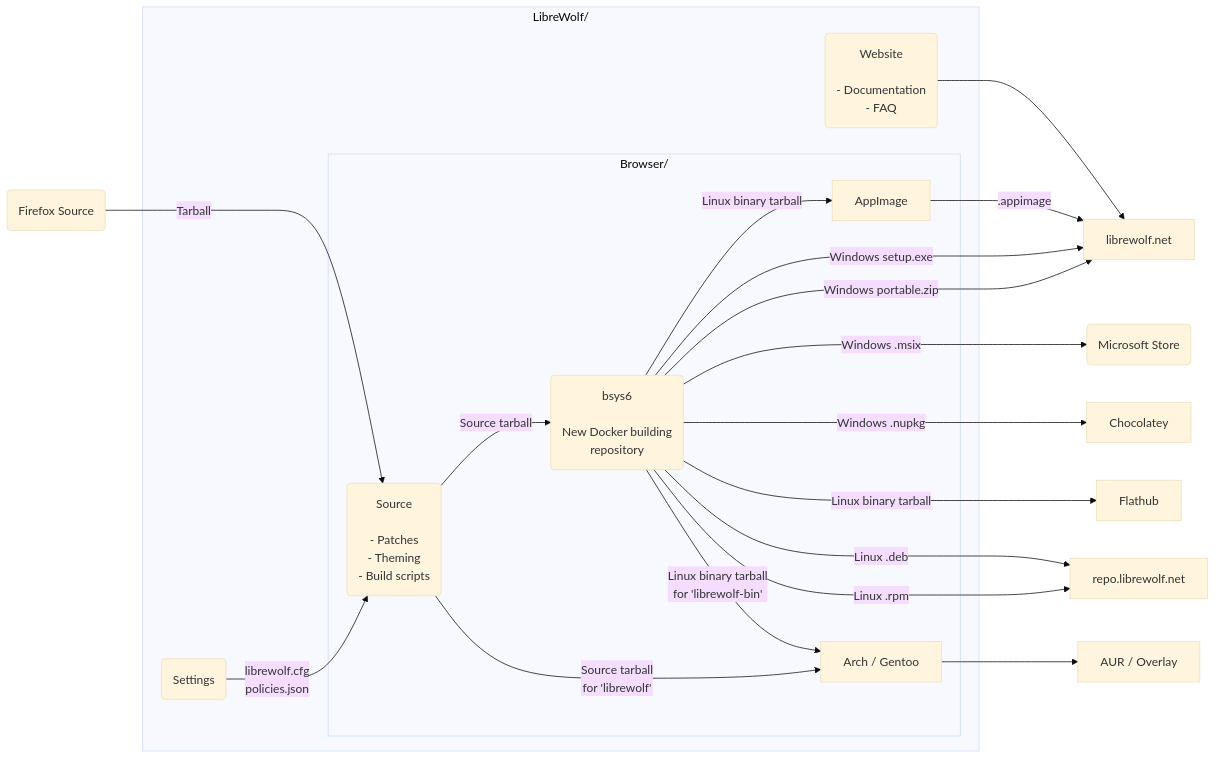
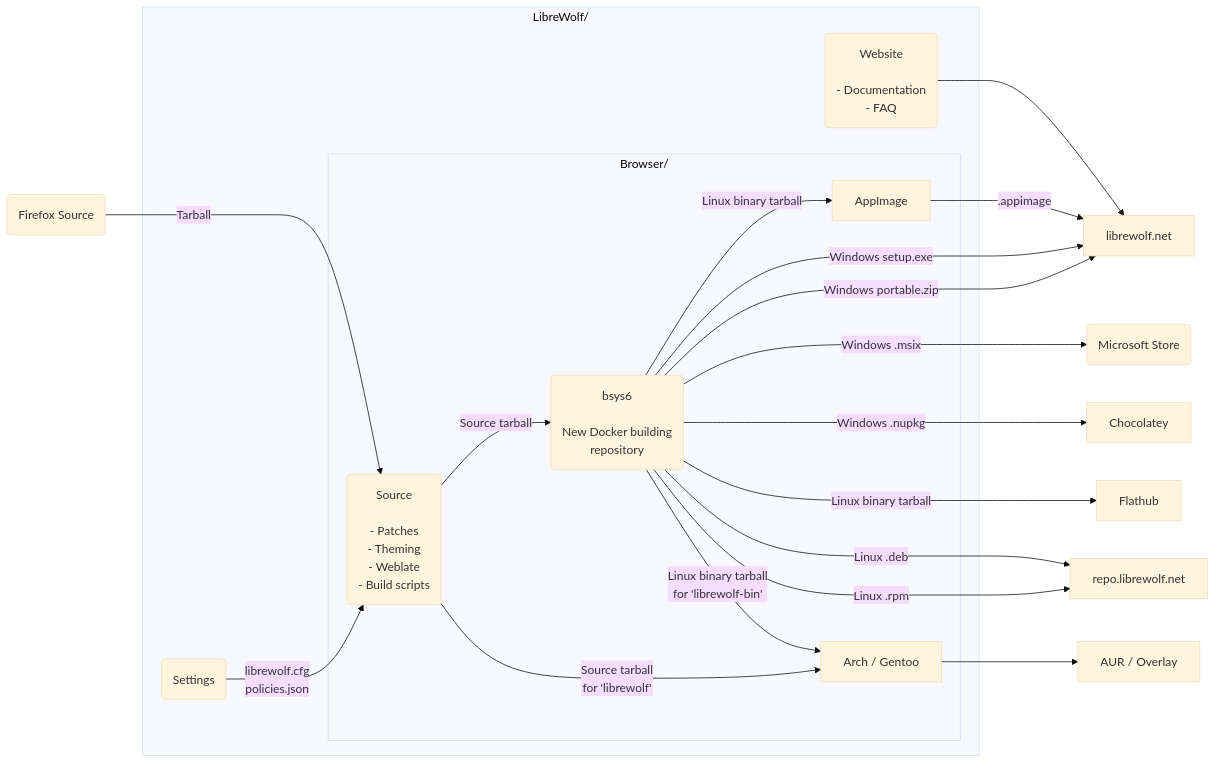
One commit to frap129/hyperfox changed the diagram in README.md. Above: the diagram before and after it, drawn with Mermaid (base theme). The commit also changed other lines of this file and 10 other files, not shown here.

````diff
--- a/README.md
+++ b/README.md
@@ -10,31 +18,31 @@
 ```mermaid
 graph LR
     FFSRC(Firefox Source)
 
     FFSRC--Tarball--->Source
 
     subgraph LibreWolf/
     Settings(Settings)--"librewolf.cfg<br>policies.json"-->Source
     Website(Website<br><br>- Documentation<br>- FAQ)
     subgraph Browser/
-        Source(Source<br><br>- Patches<br>- Theming<br>- Build scripts)
+        Source(Source<br><br>- Patches<br>- Theming<br>- Weblate<br>- Build scripts)
         bsys6(bsys6<br><br>New Docker building<br>repository)
         AppImage
         ArchGentoo["Arch / Gentoo"]
     end
     end
     Website-->librewolf.net
     Source--"Source tarball"-->bsys6
     AppImage--".appimage"-->librewolf.net
     bsys6--"Windows setup.exe"--->librewolf.net
     bsys6--"Windows portable.zip"--->librewolf.net
     bsys6--"Windows .msix"--->MS("Microsoft Store")
     bsys6--"Windows .nupkg"--->Chocolatey
     bsys6--"Linux binary tarball"--->Flathub
     bsys6--"Linux binary tarball"--> AppImage
     bsys6--"Linux .deb"--->repo.librewolf.net
     bsys6--"Linux .rpm"--->repo.librewolf.net
     bsys6--"Linux binary tarball<br>for 'librewolf-bin'"--> ArchGentoo
     Source--"Source tarball<br>for 'librewolf'"-->ArchGentoo
     ArchGentoo-->AUR_Overlay["AUR / Overlay"]
 ```
````
